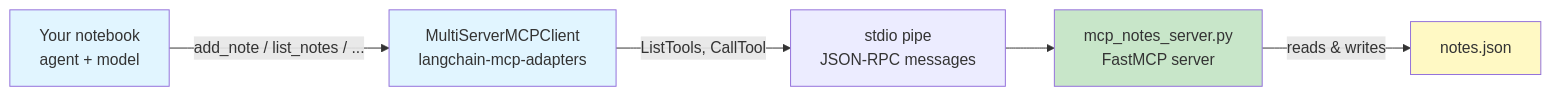
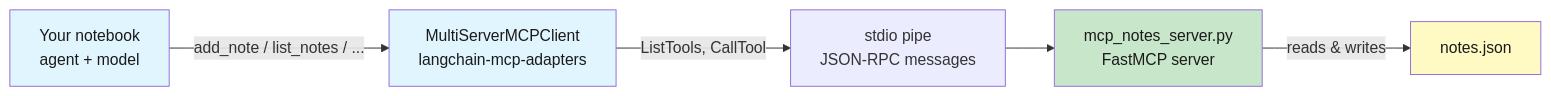
One commit to CogKnowEdge-Solutions/Orchestration changed the diagram in Langchain-Labs/Lab7(Intermediate)/lab-local-mcp.md. Above: the diagram before and after it, drawn with Mermaid. The commit also changed 8 other files, not shown here.

Commit message:
Labs: make mermaid text visible and mix diagram orientations

````diff
--- a/Langchain-Labs/Lab7(Intermediate)/lab-local-mcp.md
+++ b/Langchain-Labs/Lab7(Intermediate)/lab-local-mcp.md
@@ -108,18 +108,18 @@
 ```mermaid
 graph LR
     N["Your notebook<br/>agent + model"]
     A["MultiServerMCPClient<br/>langchain-mcp-adapters"]
     P["stdio pipe<br/>JSON-RPC messages"]
     S["mcp_notes_server.py<br/>FastMCP server"]
     F["notes.json"]
 
     N -->|"add_note / list_notes / ..."| A
     A -->|"ListTools, CallTool"| P
     P --> S
     S -->|"reads & writes"| F
 
-    style N fill:#e1f5ff
-    style A fill:#e1f5ff
-    style S fill:#c8e6c9
-    style F fill:#fff9c4
+    style N fill:#e1f5ff,color:#1a1a1a
+    style A fill:#e1f5ff,color:#1a1a1a
+    style S fill:#c8e6c9,color:#1a1a1a
+    style F fill:#fff9c4,color:#1a1a1a
 ```
````
